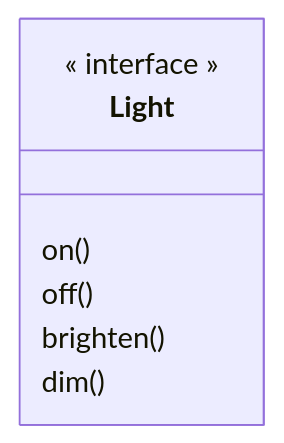
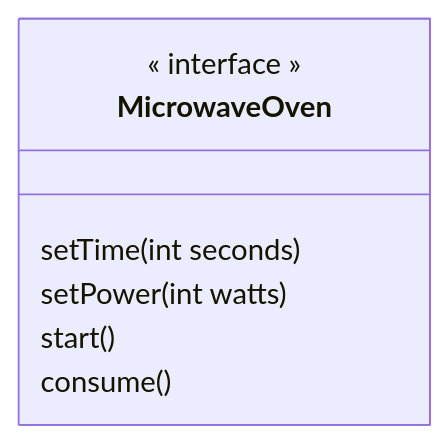
The first of 2 diagrams in lecture-markdown/content/01-OO-Abstraction/generator.md (unibo-lptsi-pss/pss-slides), drawn with Mermaid before and after one commit. The commit also changed other lines of this file, not shown here.

Commit message:
change the first example from 'Lamp' to 'MicrowaveOven'

````diff
--- a/lecture-markdown/content/01-OO-Abstraction/generator.md
+++ b/lecture-markdown/content/01-OO-Abstraction/generator.md
@@ -193,11 +193,11 @@
 ```mermaid
 %%{init: {'theme':'default', 'themeVariables': { 'fontSize': '.34em', fontFamily: 'Inconsolata' }}}%%
 classDiagram
-class Light {
+class MicrowaveOven {
 << interface >>
-  on()
-  off()
-  brighten()
-  dim()
+    setTime(int seconds)
+    setPower(int watts)
+    start()
+    consume()
 }
 ```
````
